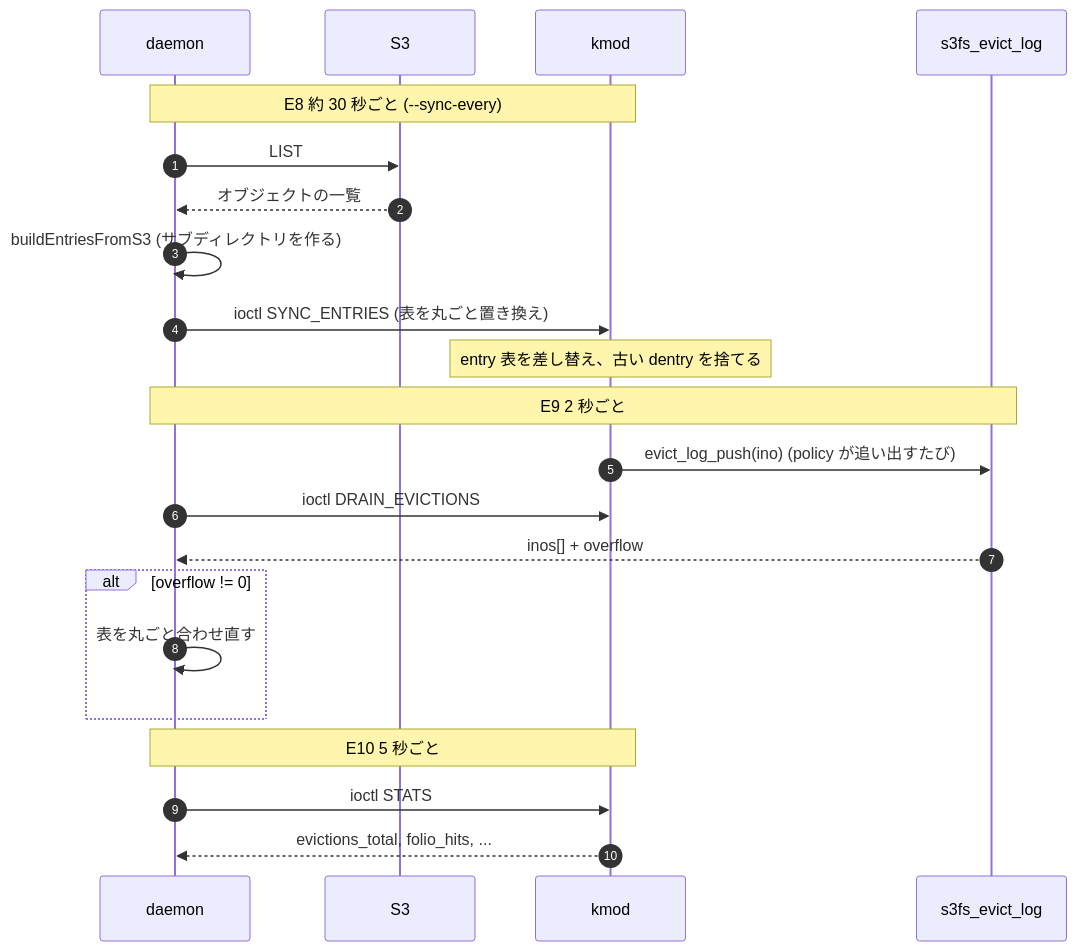
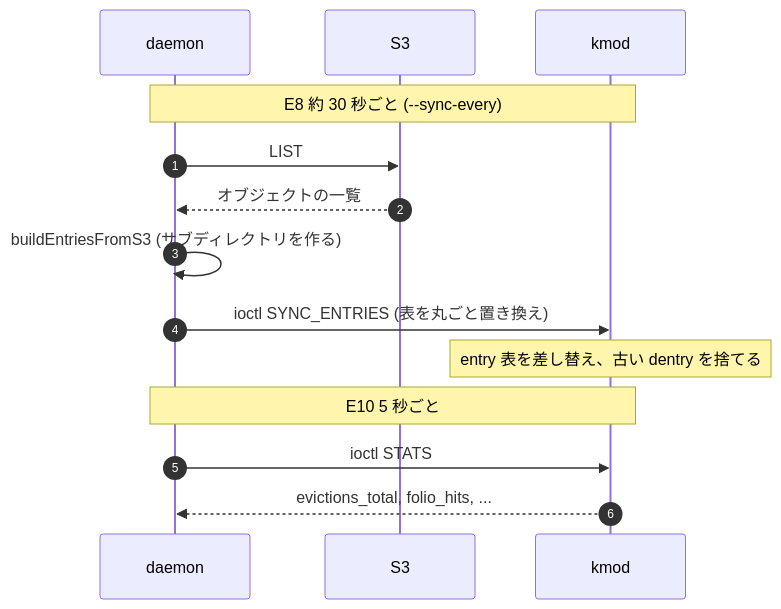
Before and after one commit to masu-mi/s3fs-ebpf: the fifth of 5 diagrams in docs/design/daemon-kmod-messaging.md, drawn with Mermaid. The commit also changed other lines of this file and 37 other files, not shown here.

First line of the commit message:
v2 Phase 3b: capacity pass in the kmod (EVAL), drop ADMIT_ARENA / DRAIN_EVICTIONS / the daemon's admit table; unit tests

````diff
--- a/docs/design/daemon-kmod-messaging.md
+++ b/docs/design/daemon-kmod-messaging.md
@@ -248,27 +244,18 @@
 ```mermaid
 sequenceDiagram
     autonumber
     participant D as daemon
     participant S3 as S3
     participant K as kmod
-    participant EL as s3fs_evict_log
 
     Note over D,K: E8 約 30 秒ごと (--sync-every)
     D->>S3: LIST
     S3-->>D: オブジェクトの一覧
     D->>D: buildEntriesFromS3 (サブディレクトリを作る)
     D->>K: ioctl SYNC_ENTRIES (表を丸ごと置き換え)
     Note over K: entry 表を差し替え、古い dentry を捨てる
 
-    Note over D,EL: E9 2 秒ごと
-    K->>EL: evict_log_push(ino) (policy が追い出すたび)
-    D->>K: ioctl DRAIN_EVICTIONS
-    EL-->>D: inos[] + overflow
-    alt overflow != 0
-        D->>D: 表を丸ごと合わせ直す
-    end
-
     Note over D,K: E10 5 秒ごと
     D->>K: ioctl STATS
     K-->>D: evictions_total, folio_hits, ...
 ```
````
